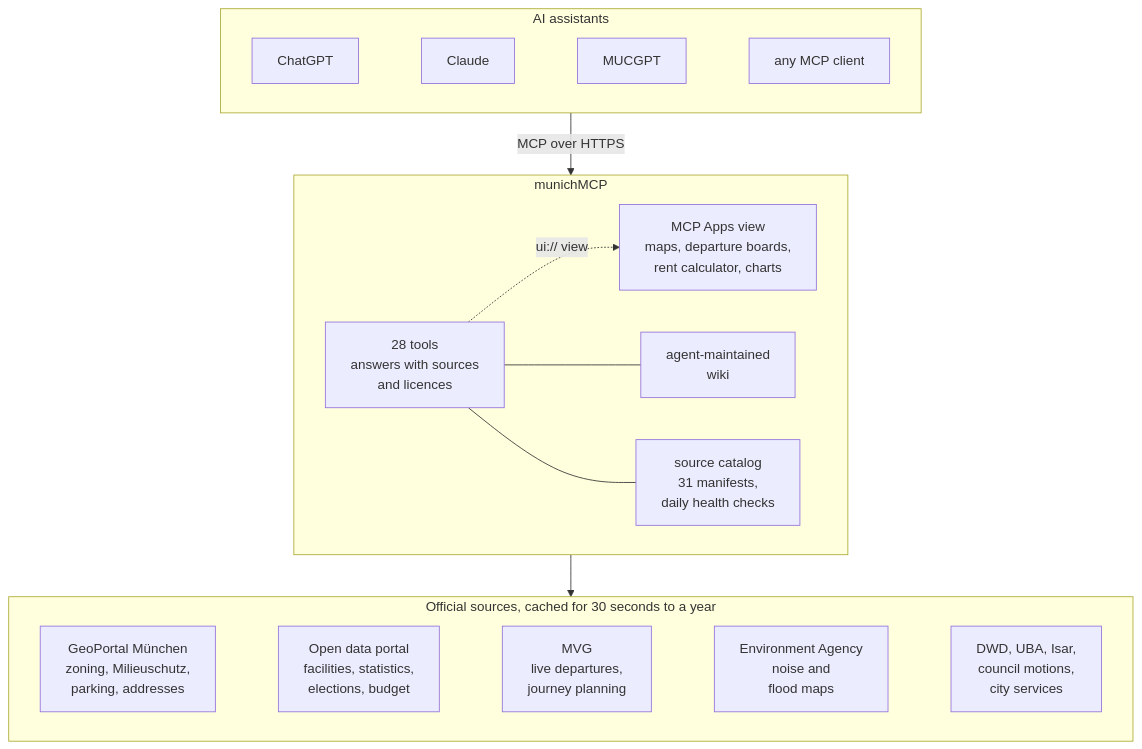
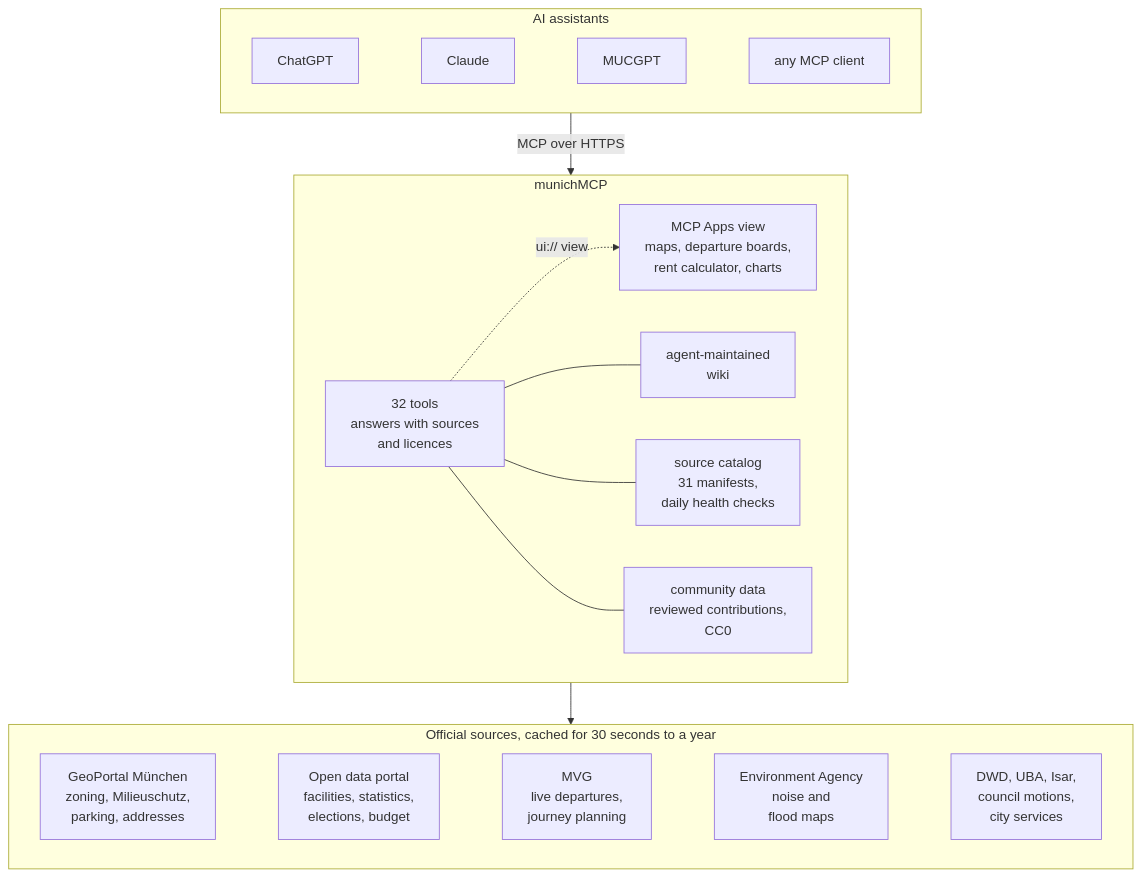
Before and after one commit to pepae/munichMCP: the first of 4 diagrams in README.md, drawn with Mermaid. The commit also changed other lines of this file and 11 other files, not shown here.

First line of the commit message:
Community data: report data issues, contribute data, review queue

````diff
--- a/README.md
+++ b/README.md
@@ -41,22 +44,23 @@
 ```mermaid
 flowchart TB
   subgraph hosts["AI assistants"]
     direction LR
     chatgpt["ChatGPT"] ~~~ claude["Claude"] ~~~ mucgpt["MUCGPT"] ~~~ any["any MCP client"]
   end
 
   subgraph mcp["munichMCP"]
     direction LR
-    tools["28 tools<br/>answers with sources<br/>and licences"] -. "ui:// view" .-> view["MCP Apps view<br/>maps, departure boards,<br/>rent calculator, charts"]
+    tools["32 tools<br/>answers with sources<br/>and licences"] -. "ui:// view" .-> view["MCP Apps view<br/>maps, departure boards,<br/>rent calculator, charts"]
     tools --- wiki["agent-maintained<br/>wiki"]
     tools --- catalog["source catalog<br/>31 manifests,<br/>daily health checks"]
+    tools --- community["community data<br/>reviewed contributions,<br/>CC0"]
   end
 
   subgraph data["Official sources, cached for 30 seconds to a year"]
     direction LR
     geo["GeoPortal München<br/>zoning, Milieuschutz,<br/>parking, addresses"] ~~~ portal["Open data portal<br/>facilities, statistics,<br/>elections, budget"] ~~~ transit["MVG<br/>live departures,<br/>journey planning"] ~~~ lfu["Environment Agency<br/>noise and<br/>flood maps"] ~~~ more["DWD, UBA, Isar,<br/>council motions,<br/>city services"]
   end
 
   hosts -- "MCP over HTTPS" --> mcp
   mcp --> data
 ```
````
